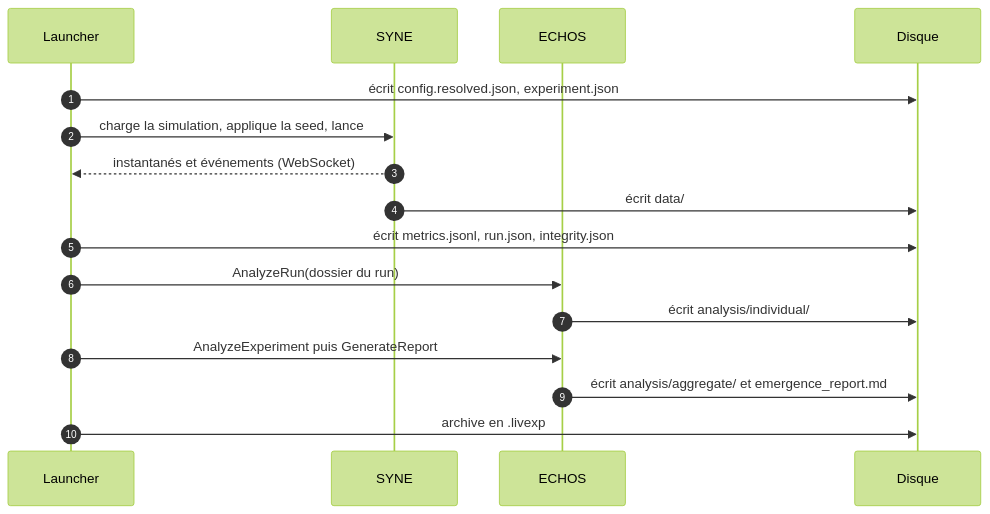
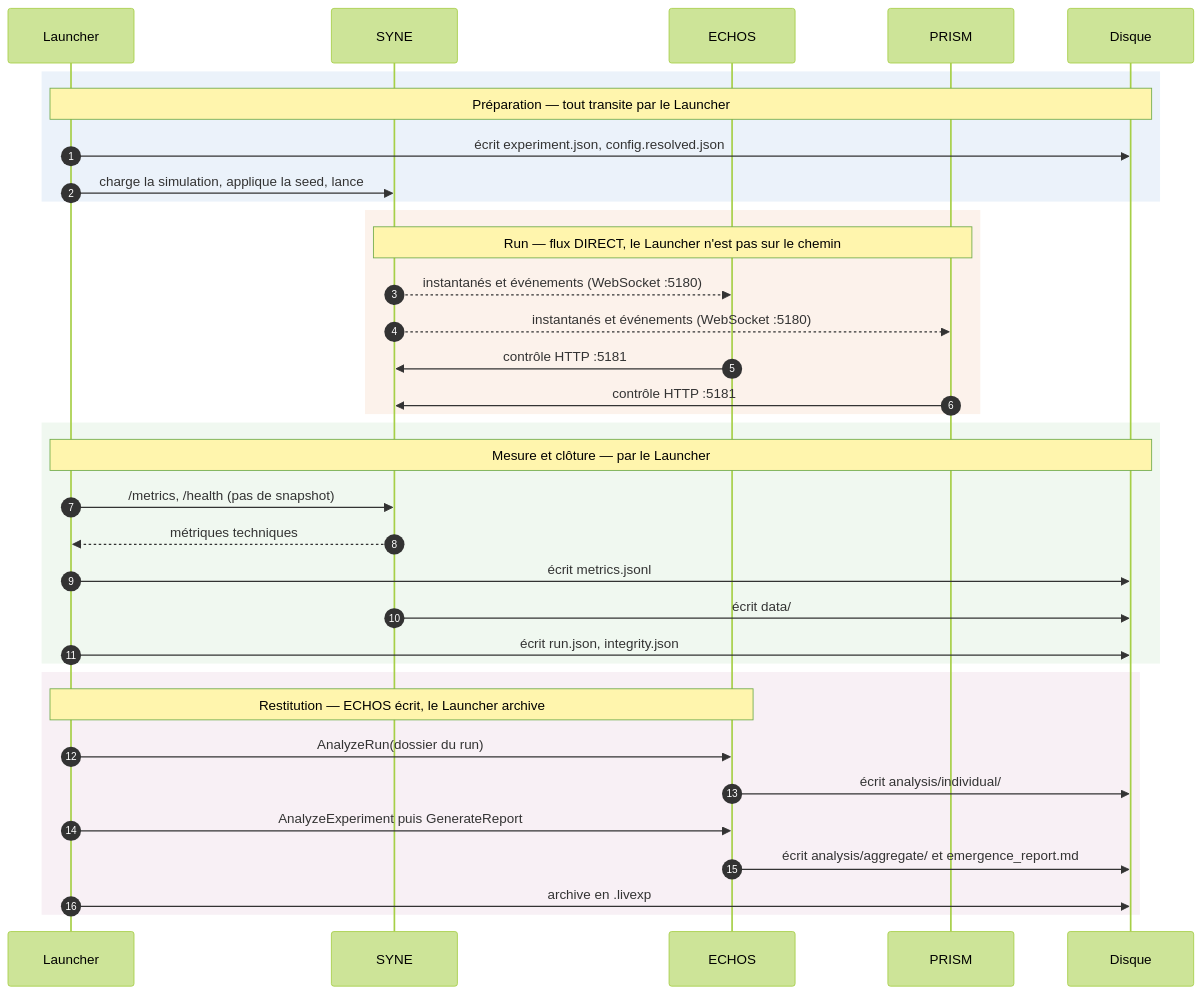
One commit to donovan-dev-web/LIVEX changed the second of 2 diagrams in docs/docs-launcher/DATA_FLOW.md. Above: the diagram before and after it, drawn with Mermaid (forest theme). The commit also changed other lines of this file and 17 other files, not shown here.

First line of the commit message:
docs(launcher): cartographie des flux réseau et cohérence du corpus

````diff
--- a/docs/docs-launcher/DATA_FLOW.md
+++ b/docs/docs-launcher/DATA_FLOW.md
@@ -233,19 +324,41 @@
 ```mermaid
 sequenceDiagram
     autonumber
     participant L as Launcher
     participant S as SYNE
     participant E as ECHOS
+    participant P as PRISM
     participant D as Disque
 
-    L->>D: écrit config.resolved.json, experiment.json
+    rect rgb(235, 242, 250)
+    note over L,D: Préparation — tout transite par le Launcher
+    L->>D: écrit experiment.json, config.resolved.json
     L->>S: charge la simulation, applique la seed, lance
-    S-->>L: instantanés et événements (WebSocket)
+    end
+
+    rect rgb(252, 242, 235)
+    note over S,P: Run — flux DIRECT, le Launcher n'est pas sur le chemin
+    S-->>E: instantanés et événements (WebSocket :5180)
+    S-->>P: instantanés et événements (WebSocket :5180)
+    E->>S: contrôle HTTP :5181
+    P->>S: contrôle HTTP :5181
+    end
+
+    rect rgb(240, 248, 240)
+    note over L,D: Mesure et clôture — par le Launcher
+    L->>S: /metrics, /health (pas de snapshot)
+    S-->>L: métriques techniques
+    L->>D: écrit metrics.jsonl
     S->>D: écrit data/
-    L->>D: écrit metrics.jsonl, run.json, integrity.json
+    L->>D: écrit run.json, integrity.json
+    end
+
+    rect rgb(248, 240, 245)
+    note over L,E: Restitution — ECHOS écrit, le Launcher archive
     L->>E: AnalyzeRun(dossier du run)
     E->>D: écrit analysis/individual/
     L->>E: AnalyzeExperiment puis GenerateReport
     E->>D: écrit analysis/aggregate/ et emergence_report.md
     L->>D: archive en .livexp
+    end
 ```
````
